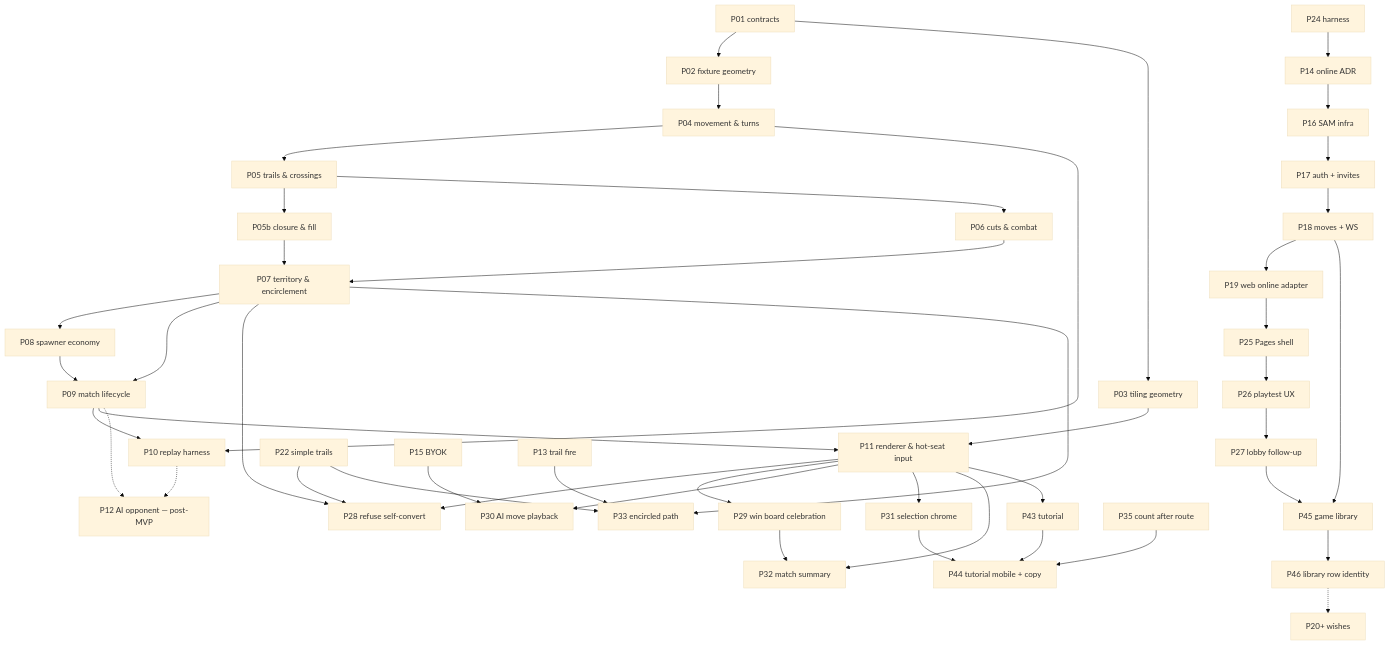
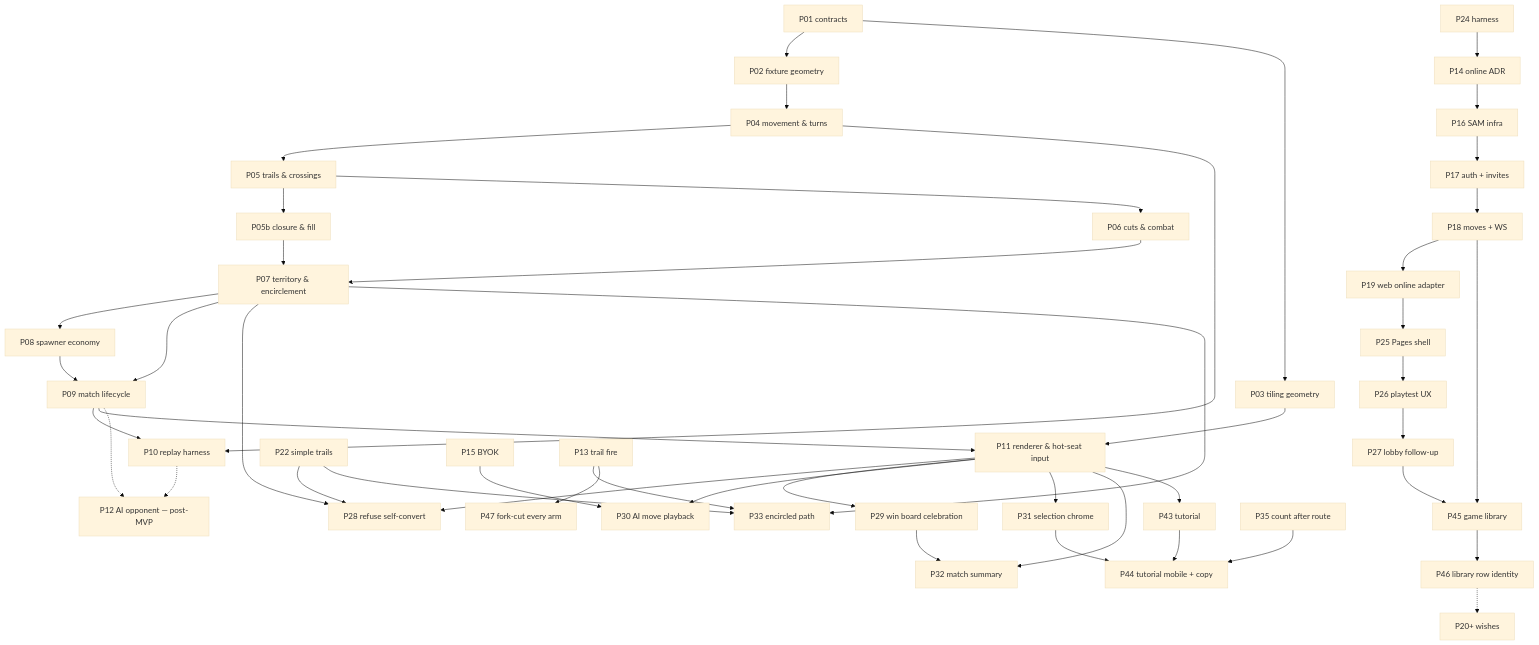
One commit to hochgi/conquarrow changed the diagram in docs/design/02-work-packets.md. Above: the diagram before and after it, drawn with Mermaid (base theme). The commit also changed other lines of this file and 25 other files, not shown here.

First line of the commit message:
feat(rules): a cut floods every arm of a fork (P47)

````diff
--- a/docs/design/02-work-packets.md
+++ b/docs/design/02-work-packets.md
@@ -82,48 +83,49 @@
 ```mermaid
 flowchart TD
   P01["P01 contracts"] --> P02["P02 fixture geometry"]
   P01 --> P03["P03 tiling geometry"]
   P02 --> P04["P04 movement & turns"]
   P04 --> P05["P05 trails & crossings"]
   P05 --> P05B["P05b closure & fill"]
   P05 --> P06["P06 cuts & combat"]
   P05B --> P07["P07 territory & encirclement"]
   P06 --> P07
   P07 --> P08["P08 spawner economy"]
   P07 --> P09["P09 match lifecycle"]
   P08 --> P09
   P04 --> P10["P10 replay harness"]
   P09 --> P10
   P03 --> P11["P11 renderer & hot-seat input"]
   P09 --> P11
   P09 -.-> P12["P12 AI opponent — post-MVP"]
   P10 -.-> P12
   P24["P24 harness"] --> P14["P14 online ADR"]
   P14 --> P16["P16 SAM infra"]
   P16 --> P17["P17 auth + invites"]
   P17 --> P18["P18 moves + WS"]
   P18 --> P19["P19 web online adapter"]
   P19 --> P25["P25 Pages shell"]
   P25 --> P26["P26 playtest UX"]
   P26 --> P27["P27 lobby follow-up"]
   P27 --> P45["P45 game library"]
   P18 --> P45
   P45 --> P46["P46 library row identity"]
   P46 -.-> P20["P20+ wishes"]
   P07 --> P28["P28 refuse self-convert"]
   P11 --> P28
   P22["P22 simple trails"] --> P28
   P11 --> P29["P29 win board celebration"]
   P11 --> P30["P30 AI move playback"]
   P15["P15 BYOK"] --> P30
   P11 --> P31["P31 selection chrome"]
   P11 --> P32["P32 match summary"]
   P29 --> P32
   P07 --> P33["P33 encircled path"]
   P13["P13 trail fire"] --> P33
   P22 --> P33
+  P13 --> P47["P47 fork-cut every arm"]
   P11 --> P43["P43 tutorial"]
   P43 --> P44["P44 tutorial mobile + copy"]
   P31 --> P44
   P35["P35 count after route"] --> P44
 ```
````
